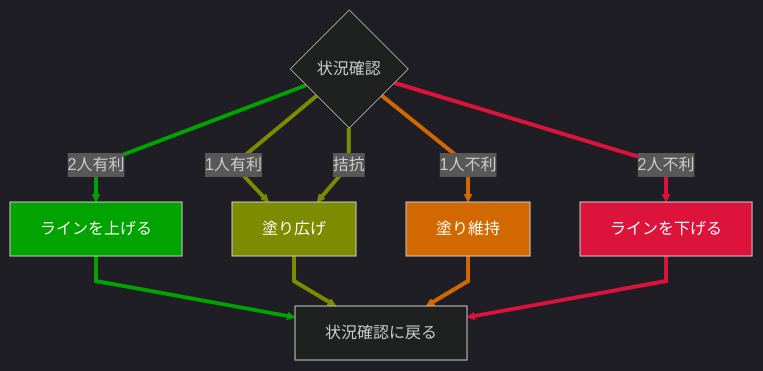
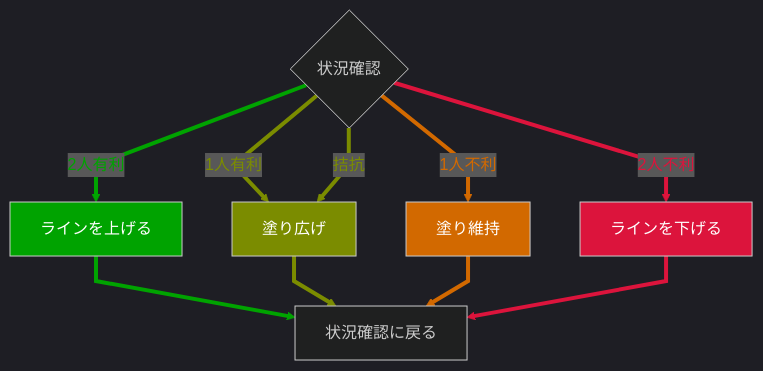
The diagram in splatoon3/memo-HeavySplatling.md (kotaoue/gamemo), drawn with Mermaid before and after one commit.

Commit message:
docs: フローチャートの文字色も変更

````diff
--- a/splatoon3/memo-HeavySplatling.md
+++ b/splatoon3/memo-HeavySplatling.md
@@ -29,36 +29,36 @@
 ```mermaid
 %%{ init: { 'theme':'dark', 'flowchart': { 'curve': 'linear' } } }%%
 graph TB
   if_weigh_pros_cons{状況確認}
   if_weigh_pros_cons--2人有利-->action_push
   if_weigh_pros_cons--1人有利-->action_paint
   if_weigh_pros_cons--拮抗-->action_paint
   if_weigh_pros_cons--1人不利-->action_stay
   if_weigh_pros_cons--2人不利-->action_pull
   action_push[ラインを上げる]-->action_return
   action_paint[塗り広げ]-->action_return
   action_stay[塗り維持]-->action_return
   action_pull[ラインを下げる]-->action_return
   action_return[状況確認に戻る]
 
   %% 2人有利
   style action_push color:#ffffff,fill:#00a300
-  linkStyle 0 stroke-width:4px,stroke:#00a300
+  linkStyle 0 stroke-width:4px,stroke:#00a300,color:#00a300
   linkStyle 5 stroke-width:4px,stroke:#00a300
 
   %% 1人有利
   style action_paint color:#ffffff,fill:#7b8c00
-  linkStyle 1 stroke-width:4px,stroke:#7b8c00
-  linkStyle 2 stroke-width:4px,stroke:#7b8c00
+  linkStyle 1 stroke-width:4px,stroke:#7b8c00,color:#7b8c00
+  linkStyle 2 stroke-width:4px,stroke:#7b8c00,color:#7b8c00
   linkStyle 6 stroke-width:4px,stroke:#7b8c00
 
   %% 1人不利
   style action_stay color:#ffffff,fill:#d26900
-  linkStyle 3 stroke-width:4px,stroke:#d26900
+  linkStyle 3 stroke-width:4px,stroke:#d26900,color:#d26900
   linkStyle 7 stroke-width:4px,stroke:#d26900
 
   %% 2人不利
   style action_pull color:#ffffff,fill:#dc143c
-  linkStyle 4 stroke-width:4px,stroke:#dc143c
+  linkStyle 4 stroke-width:4px,stroke:#dc143c,color:#dc143c
   linkStyle 8 stroke-width:4px,stroke:#dc143c
 ```
````
